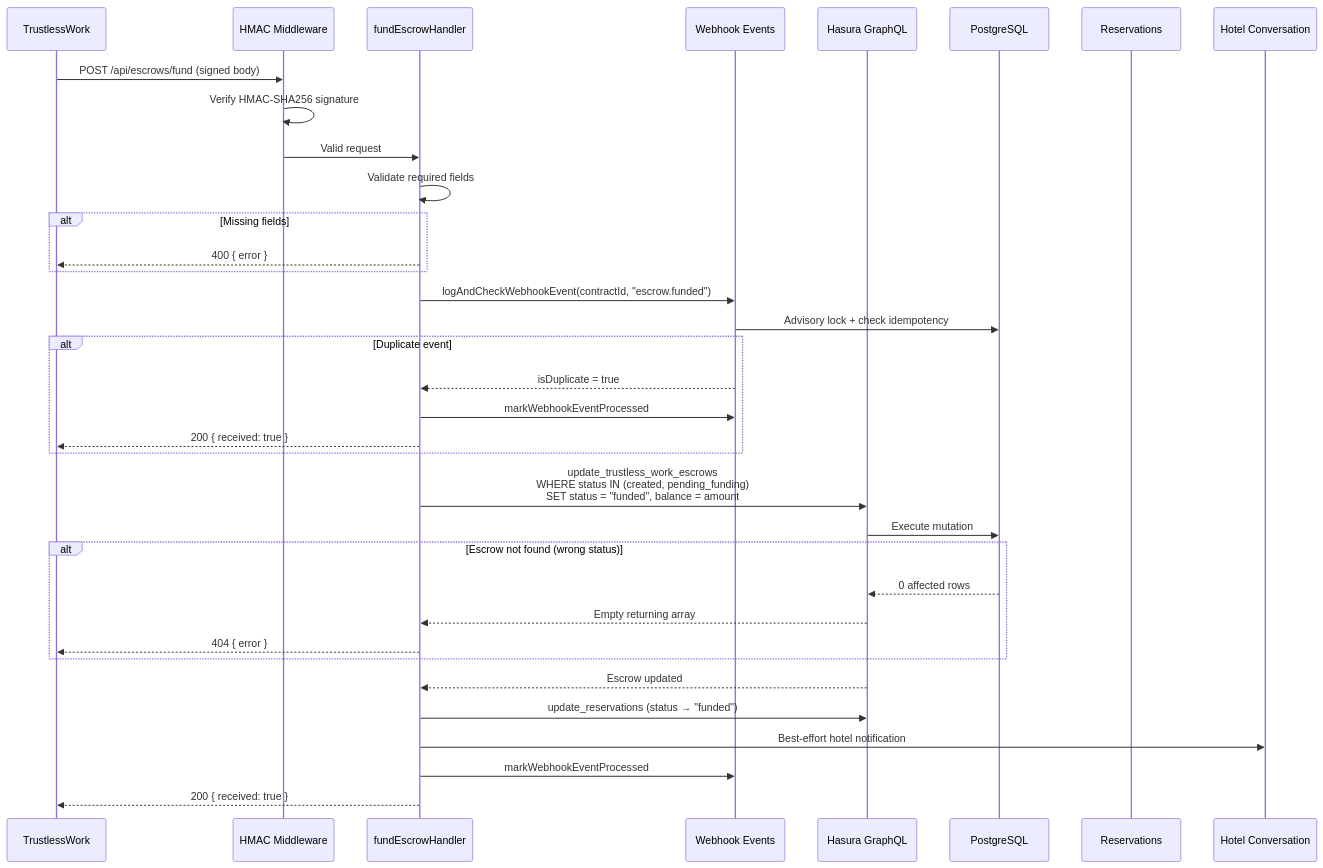
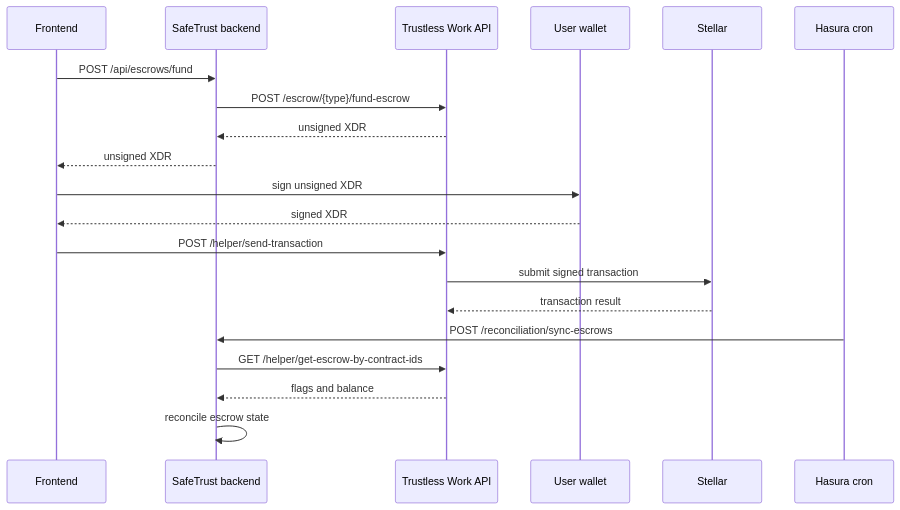
One commit to safetrustcr/backend-SafeTrust changed the diagram in docs/stellar/fund-escrow.md. Above: the diagram before and after it, drawn with Mermaid. The commit also changed other lines of this file and 5 other files, not shown here.

Commit message:
feat(docs): add escrow flow documentation for funding, approval, dispute, resolution, and reconciliation (#768)

````diff
--- a/docs/stellar/fund-escrow.md
+++ b/docs/stellar/fund-escrow.md
@@ -12,43 +14,23 @@
 ```mermaid
 sequenceDiagram
-    participant TW as TrustlessWork
-    participant MW as HMAC Middleware
-    participant H as fundEscrowHandler
-    participant WS as Webhook Events
-    participant HAS as Hasura GraphQL
-    participant DB as PostgreSQL
-    participant R as Reservations
-    participant HC as Hotel Conversation
+    participant FE as Frontend
+    participant BE as SafeTrust backend
+    participant TW as Trustless Work API
+    participant FW as User wallet
+    participant ST as Stellar
+    participant CR as Hasura cron
 
-    TW->>MW: POST /api/escrows/fund (signed body)
-    MW->>MW: Verify HMAC-SHA256 signature
-    MW->>H: Valid request
-
-    H->>H: Validate required fields
-    alt Missing fields
-        H-->>TW: 400 { error }
-    end
-
-    H->>WS: logAndCheckWebhookEvent(contractId, "escrow.funded")
-    WS->>DB: Advisory lock + check idempotency
-    alt Duplicate event
-        WS-->>H: isDuplicate = true
-        H->>WS: markWebhookEventProcessed
-        H-->>TW: 200 { received: true }
-    end
-
-    H->>HAS: update_trustless_work_escrows<br/>WHERE status IN (created, pending_funding)<br/>SET status = "funded", balance = amount
-    HAS->>DB: Execute mutation
-    alt Escrow not found (wrong status)
-        DB-->>HAS: 0 affected rows
-        HAS-->>H: Empty returning array
-        H-->>TW: 404 { error }
-    end
-    HAS-->>H: Escrow updated
-
-    H->>HAS: update_reservations (status → "funded")
-    H->>HC: Best-effort hotel notification
-
-    H->>WS: markWebhookEventProcessed
-    H-->>TW: 200 { received: true }
+    FE->>BE: POST /api/escrows/fund
+    BE->>TW: POST /escrow/{type}/fund-escrow
+    TW-->>BE: unsigned XDR
+    BE-->>FE: unsigned XDR
+    FE->>FW: sign unsigned XDR
+    FW-->>FE: signed XDR
+    FE->>TW: POST /helper/send-transaction
+    TW->>ST: submit signed transaction
+    ST-->>TW: transaction result
+    CR->>BE: POST /reconciliation/sync-escrows
+    BE->>TW: GET /helper/get-escrow-by-contract-ids
+    TW-->>BE: flags and balance
+    BE->>BE: reconcile escrow state
 ```
````
